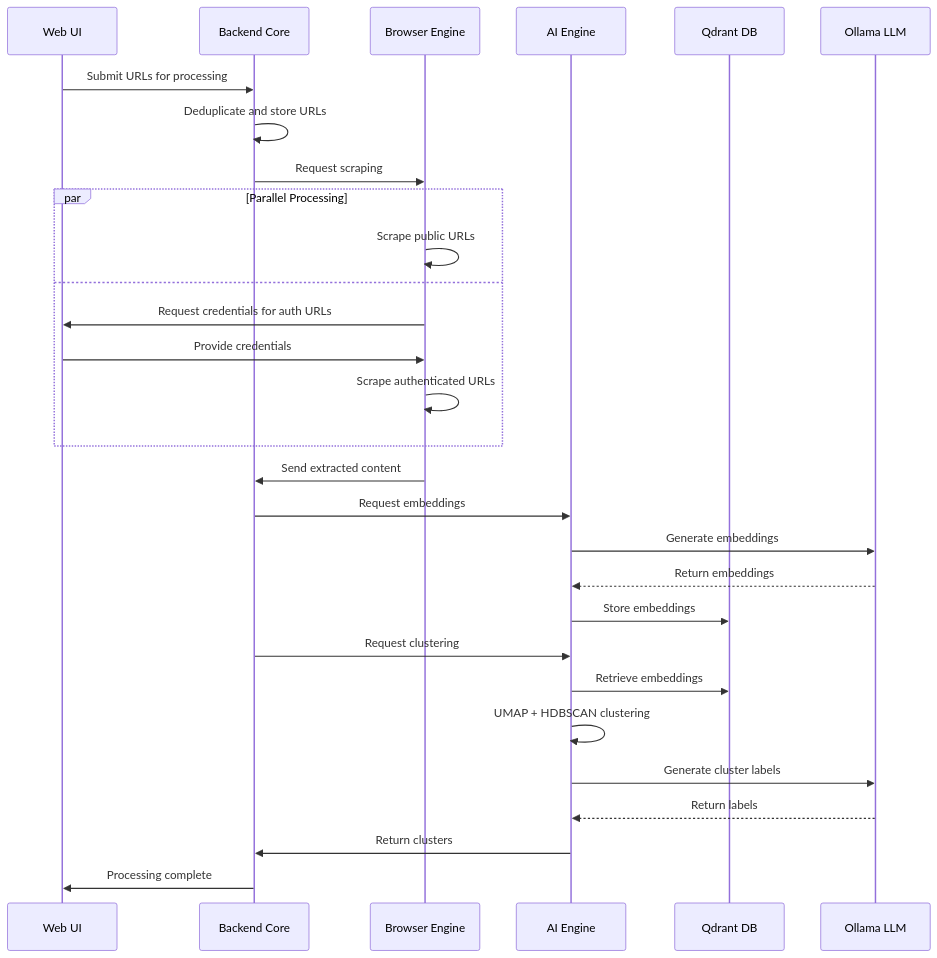
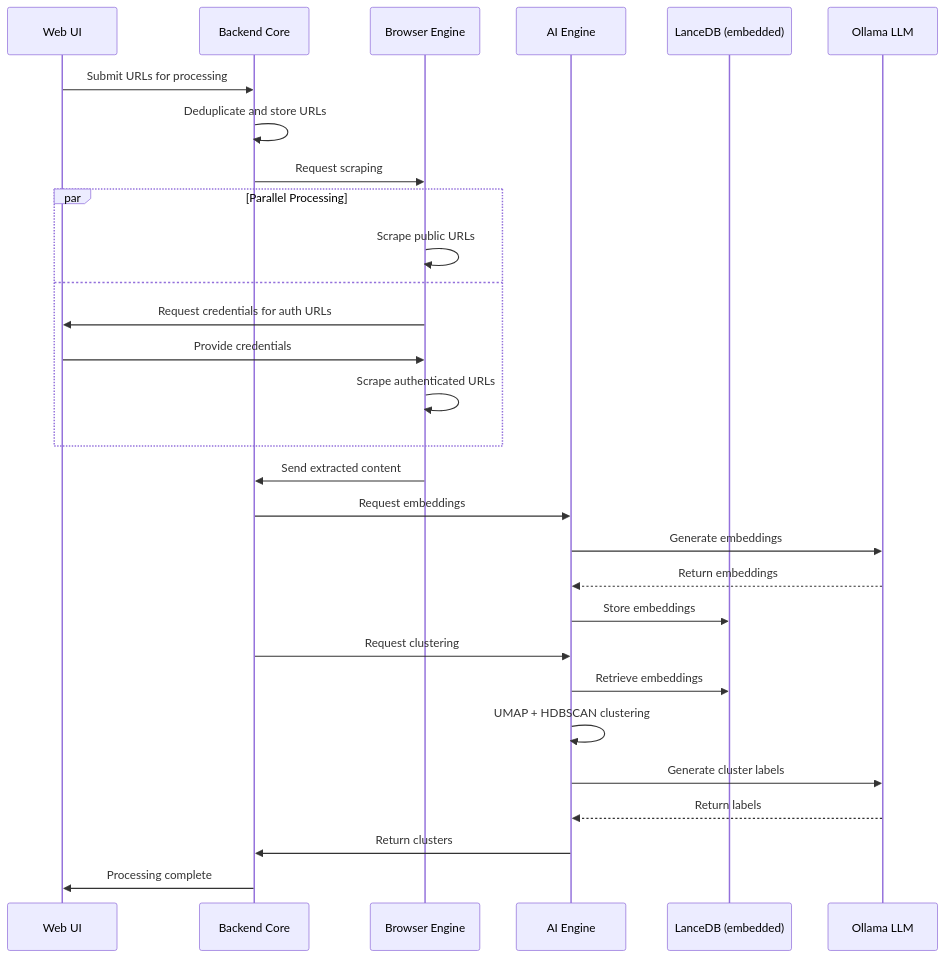
The fourth of 6 diagrams in docs/ARCHITECTURE.md (berdyh/tab-organizer), drawn with Mermaid before and after one commit. The commit also changed other lines of this file and 9 other files, not shown here.

First line of the commit message:
docs/scripts: align cleanup with LanceDB-embedded AI Engine

````diff
--- a/docs/ARCHITECTURE.md
+++ b/docs/ARCHITECTURE.md
@@ -113,36 +113,36 @@
 ```mermaid
 sequenceDiagram
     participant UI as Web UI
     participant BE as Backend Core
     participant BR as Browser Engine
     participant AI as AI Engine
-    participant Q as Qdrant DB
+    participant Q as LanceDB (embedded)
     participant O as Ollama LLM
 
     UI->>BE: Submit URLs for processing
     BE->>BE: Deduplicate and store URLs
     BE->>BR: Request scraping
     
     par Parallel Processing
         BR->>BR: Scrape public URLs
     and
         BR->>UI: Request credentials for auth URLs
         UI->>BR: Provide credentials
         BR->>BR: Scrape authenticated URLs
     end
     
     BR->>BE: Send extracted content
     BE->>AI: Request embeddings
     AI->>O: Generate embeddings
     O-->>AI: Return embeddings
     AI->>Q: Store embeddings
     
     BE->>AI: Request clustering
     AI->>Q: Retrieve embeddings
     AI->>AI: UMAP + HDBSCAN clustering
     AI->>O: Generate cluster labels
     O-->>AI: Return labels
     AI->>BE: Return clusters
     
     BE->>UI: Processing complete
 ```
````
